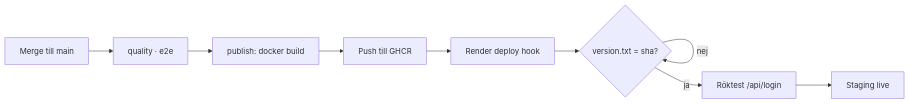
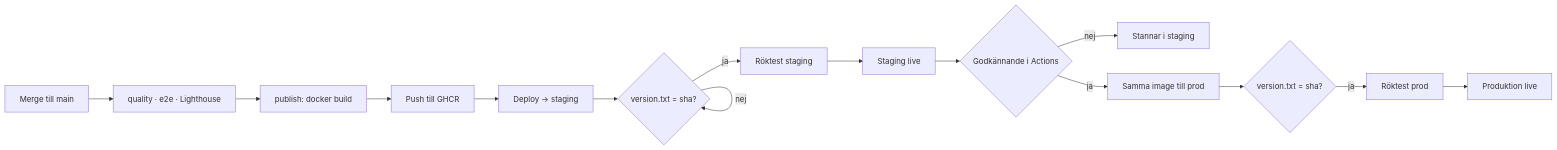
The diagram in docs/deploy.md (siriprydz/kraftly-tesla), drawn with Mermaid before and after one commit. The commit also changed other lines of this file and 5 other files, not shown here.

````diff
--- a/docs/deploy.md
+++ b/docs/deploy.md
@@ -5,11 +5,17 @@
 ```mermaid
 flowchart LR
-    M[Merge till main] --> Q[quality · e2e]
+    M[Merge till main] --> Q[quality · e2e · Lighthouse]
     Q --> P[publish: docker build]
     P --> G[Push till GHCR]
-    G --> H[Render deploy hook]
+    G --> H[Deploy → staging]
     H --> V{version.txt = sha?}
     V -- nej --> V
-    V -- ja --> S[Röktest /api/login]
+    V -- ja --> S[Röktest staging]
     S --> OK[Staging live]
+    OK --> A{Godkännande i Actions}
+    A -- nej --> Stop[Stannar i staging]
+    A -- ja --> HP[Samma image till prod]
+    HP --> VP{version.txt = sha?}
+    VP -- ja --> SP[Röktest prod]
+    SP --> Prod[Produktion live]
 ```
````
